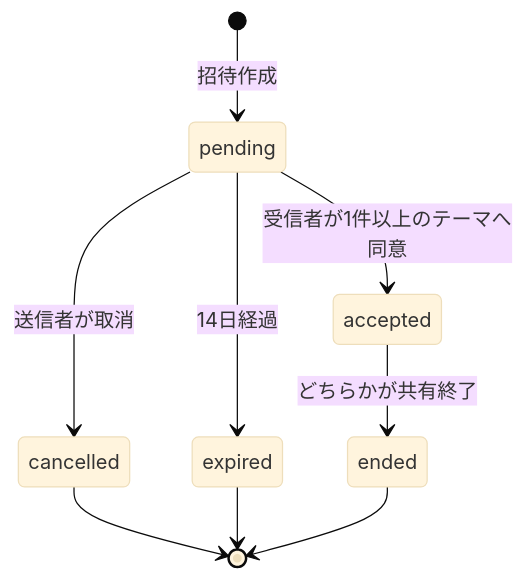
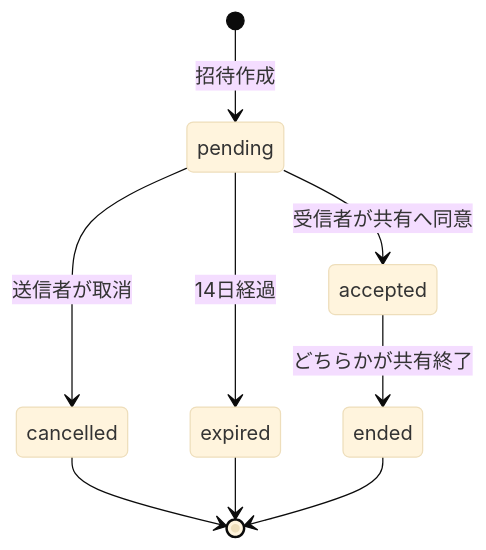
One commit to kkyosuke/me-builder changed the fourth of 4 diagrams in docs/architecture/compatibility-data-design.md. Above: the diagram before and after it, drawn with Mermaid (base theme). The commit also changed other lines of this file and 68 other files, not shown here.

````diff
--- a/docs/architecture/compatibility-data-design.md
+++ b/docs/architecture/compatibility-data-design.md
@@ -123,11 +103,11 @@
 ```mermaid
 stateDiagram-v2
     [*] --> pending: 招待作成
-    pending --> accepted: 受信者が1件以上のテーマへ同意
+    pending --> accepted: 受信者が共有へ同意
     pending --> cancelled: 送信者が取消
     pending --> expired: 14日経過
     accepted --> ended: どちらかが共有終了
     cancelled --> [*]
     expired --> [*]
     ended --> [*]
 ```
````
